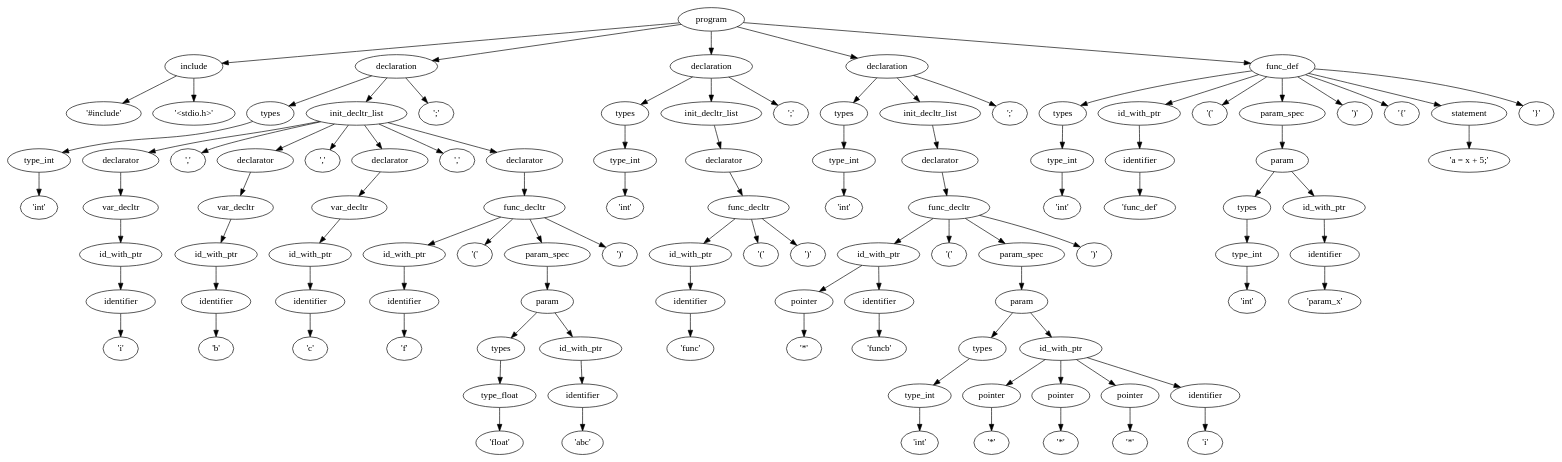
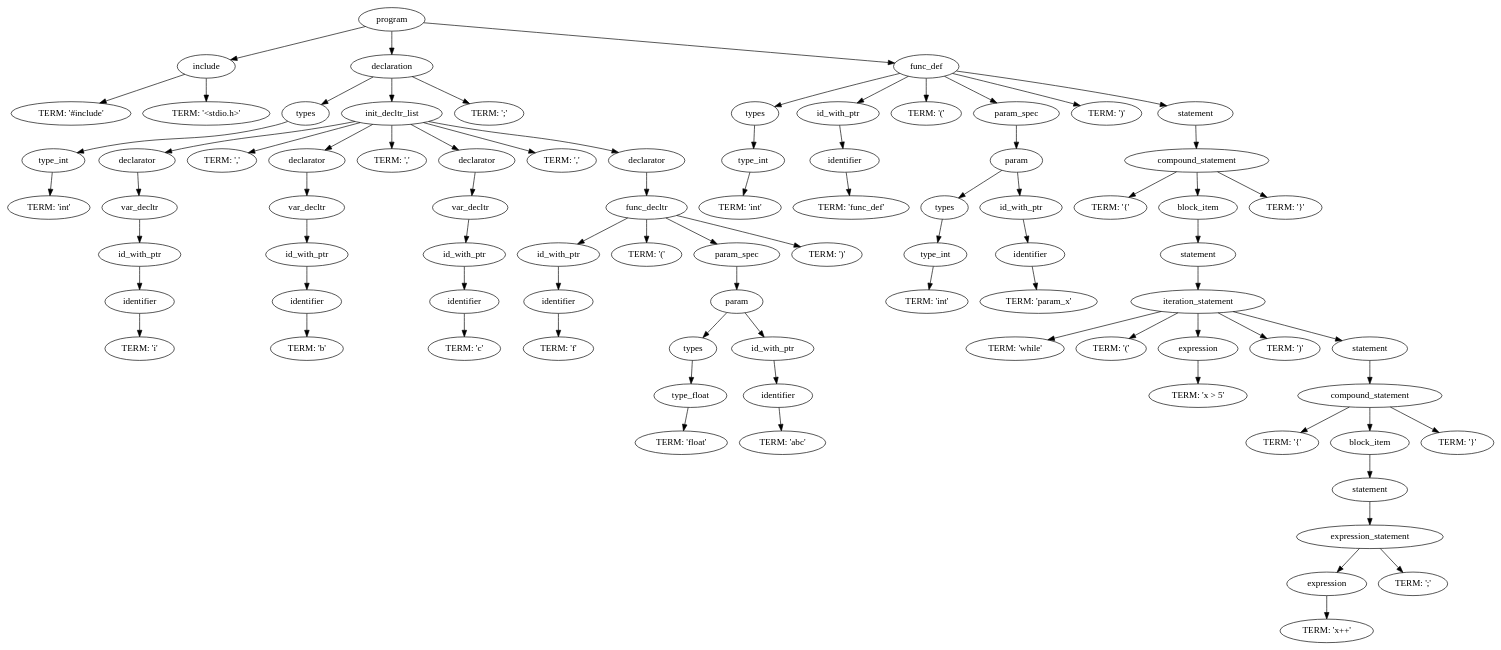
The diagram in output.dot (DeSchepperCedric/C-Compiler), drawn with Graphviz before and after one commit. The commit also changed 1 other file, not shown here.

```diff
--- a/output.dot
+++ b/output.dot
@@ -3,9 +3,9 @@
 	0 -> 1;
 	1 [label="include"];
 	1 -> 2;
-	2 [label="'#include'"];
+	2 [label="TERM: '#include'"];
 	1 -> 3;
-	3 [label="'<stdio.h>'"];
+	3 [label="TERM: '<stdio.h>'"];
 	0 -> 4;
 	4 [label="declaration"];
 	4 -> 5;
@@ -13,7 +13,7 @@
 	5 -> 6;
 	6 [label="type_int"];
 	6 -> 7;
-	7 [label="'int'"];
+	7 [label="TERM: 'int'"];
 	4 -> 8;
 	8 [label="init_decltr_list"];
 	8 -> 9;
@@ -25,9 +25,9 @@
 	11 -> 12;
 	12 [label="identifier"];
 	12 -> 13;
-	13 [label="'i'"];
+	13 [label="TERM: 'i'"];
 	8 -> 14;
-	14 [label="','"];
+	14 [label="TERM: ','"];
 	8 -> 15;
 	15 [label="declarator"];
 	15 -> 16;
@@ -37,9 +37,9 @@
 	17 -> 18;
 	18 [label="identifier"];
 	18 -> 19;
-	19 [label="'b'"];
+	19 [label="TERM: 'b'"];
 	8 -> 20;
-	20 [label="','"];
+	20 [label="TERM: ','"];
 	8 -> 21;
 	21 [label="declarator"];
 	21 -> 22;
@@ -49,9 +49,9 @@
 	23 -> 24;
 	24 [label="identifier"];
 	24 -> 25;
-	25 [label="'c'"];
+	25 [label="TERM: 'c'"];
 	8 -> 26;
-	26 [label="','"];
+	26 [label="TERM: ','"];
 	8 -> 27;
 	27 [label="declarator"];
 	27 -> 28;
@@ -61,9 +61,9 @@
 	29 -> 30;
 	30 [label="identifier"];
 	30 -> 31;
-	31 [label="'f'"];
+	31 [label="TERM: 'f'"];
 	28 -> 32;
-	32 [label="'('"];
+	32 [label="TERM: '('"];
 	28 -> 33;
 	33 [label="param_spec"];
 	33 -> 34;
@@ -73,141 +73,93 @@
 	35 -> 36;
 	36 [label="type_float"];
 	36 -> 37;
-	37 [label="'float'"];
+	37 [label="TERM: 'float'"];
 	34 -> 38;
 	38 [label="id_with_ptr"];
 	38 -> 39;
 	39 [label="identifier"];
 	39 -> 40;
-	40 [label="'abc'"];
+	40 [label="TERM: 'abc'"];
 	28 -> 41;
-	41 [label="')'"];
+	41 [label="TERM: ')'"];
 	4 -> 42;
-	42 [label="';'"];
+	42 [label="TERM: ';'"];
 	0 -> 43;
-	43 [label="declaration"];
+	43 [label="func_def"];
 	43 -> 44;
 	44 [label="types"];
 	44 -> 45;
 	45 [label="type_int"];
 	45 -> 46;
-	46 [label="'int'"];
+	46 [label="TERM: 'int'"];
 	43 -> 47;
-	47 [label="init_decltr_list"];
+	47 [label="id_with_ptr"];
 	47 -> 48;
-	48 [label="declarator"];
+	48 [label="identifier"];
 	48 -> 49;
-	49 [label="func_decltr"];
-	49 -> 50;
-	50 [label="id_with_ptr"];
-	50 -> 51;
-	51 [label="identifier"];
+	49 [label="TERM: 'func_def'"];
+	43 -> 50;
+	50 [label="TERM: '('"];
+	43 -> 51;
+	51 [label="param_spec"];
 	51 -> 52;
-	52 [label="'func'"];
-	49 -> 53;
-	53 [label="'('"];
-	49 -> 54;
-	54 [label="')'"];
-	43 -> 55;
-	55 [label="';'"];
-	0 -> 56;
-	56 [label="declaration"];
+	52 [label="param"];
+	52 -> 53;
+	53 [label="types"];
+	53 -> 54;
+	54 [label="type_int"];
+	54 -> 55;
+	55 [label="TERM: 'int'"];
+	52 -> 56;
+	56 [label="id_with_ptr"];
 	56 -> 57;
-	57 [label="types"];
+	57 [label="identifier"];
 	57 -> 58;
-	58 [label="type_int"];
-	58 -> 59;
-	59 [label="'int'"];
-	56 -> 60;
-	60 [label="init_decltr_list"];
+	58 [label="TERM: 'param_x'"];
+	43 -> 59;
+	59 [label="TERM: ')'"];
+	43 -> 60;
+	60 [label="statement"];
 	60 -> 61;
-	61 [label="declarator"];
+	61 [label="compound_statement"];
 	61 -> 62;
-	62 [label="func_decltr"];
-	62 -> 63;
-	63 [label="id_with_ptr"];
+	62 [label="TERM: '{'"];
+	61 -> 63;
+	63 [label="block_item"];
 	63 -> 64;
-	64 [label="pointer"];
+	64 [label="statement"];
 	64 -> 65;
-	65 [label="'*'"];
-	63 -> 66;
-	66 [label="identifier"];
-	66 -> 67;
-	67 [label="'funcb'"];
-	62 -> 68;
-	68 [label="'('"];
-	62 -> 69;
-	69 [label="param_spec"];
-	69 -> 70;
-	70 [label="param"];
-	70 -> 71;
-	71 [label="types"];
+	65 [label="iteration_statement"];
+	65 -> 66;
+	66 [label="TERM: 'while'"];
+	65 -> 67;
+	67 [label="TERM: '('"];
+	65 -> 68;
+	68 [label="expression"];
+	68 -> 69;
+	69 [label="TERM: 'x > 5'"];
+	65 -> 70;
+	70 [label="TERM: ')'"];
+	65 -> 71;
+	71 [label="statement"];
 	71 -> 72;
-	72 [label="type_int"];
+	72 [label="compound_statement"];
 	72 -> 73;
-	73 [label="'int'"];
-	70 -> 74;
-	74 [label="id_with_ptr"];
+	73 [label="TERM: '{'"];
+	72 -> 74;
+	74 [label="block_item"];
 	74 -> 75;
-	75 [label="pointer"];
+	75 [label="statement"];
 	75 -> 76;
-	76 [label="'*'"];
-	74 -> 77;
-	77 [label="pointer"];
+	76 [label="expression_statement"];
+	76 -> 77;
+	77 [label="expression"];
 	77 -> 78;
-	78 [label="'*'"];
-	74 -> 79;
-	79 [label="pointer"];
-	79 -> 80;
-	80 [label="'*'"];
-	74 -> 81;
-	81 [label="identifier"];
-	81 -> 82;
-	82 [label="'i'"];
-	62 -> 83;
-	83 [label="')'"];
-	56 -> 84;
-	84 [label="';'"];
-	0 -> 85;
-	85 [label="func_def"];
-	85 -> 86;
-	86 [label="types"];
-	86 -> 87;
-	87 [label="type_int"];
-	87 -> 88;
-	88 [label="'int'"];
-	85 -> 89;
-	89 [label="id_with_ptr"];
-	89 -> 90;
-	90 [label="identifier"];
-	90 -> 91;
-	91 [label="'func_def'"];
-	85 -> 92;
-	92 [label="'('"];
-	85 -> 93;
-	93 [label="param_spec"];
-	93 -> 94;
-	94 [label="param"];
-	94 -> 95;
-	95 [label="types"];
-	95 -> 96;
-	96 [label="type_int"];
-	96 -> 97;
-	97 [label="'int'"];
-	94 -> 98;
-	98 [label="id_with_ptr"];
-	98 -> 99;
-	99 [label="identifier"];
-	99 -> 100;
-	100 [label="'param_x'"];
-	85 -> 101;
-	101 [label="')'"];
-	85 -> 102;
-	102 [label="'{'"];
-	85 -> 103;
-	103 [label="statement"];
-	103 -> 104;
-	104 [label="'a = x + 5;'"];
-	85 -> 105;
-	105 [label="'}'"];
+	78 [label="TERM: 'x++'"];
+	76 -> 79;
+	79 [label="TERM: ';'"];
+	72 -> 80;
+	80 [label="TERM: '}'"];
+	61 -> 81;
+	81 [label="TERM: '}'"];
 }
```
